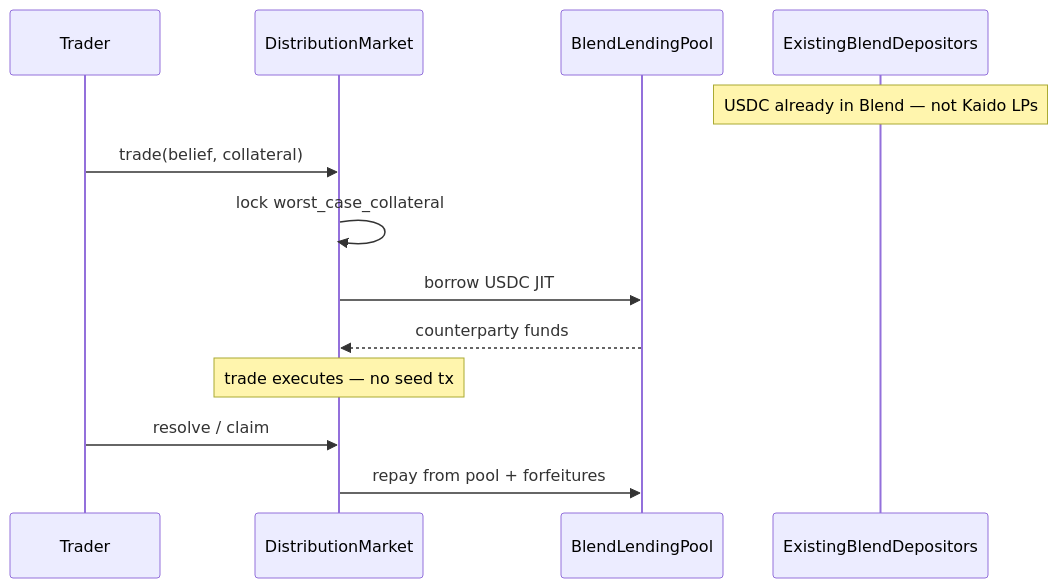
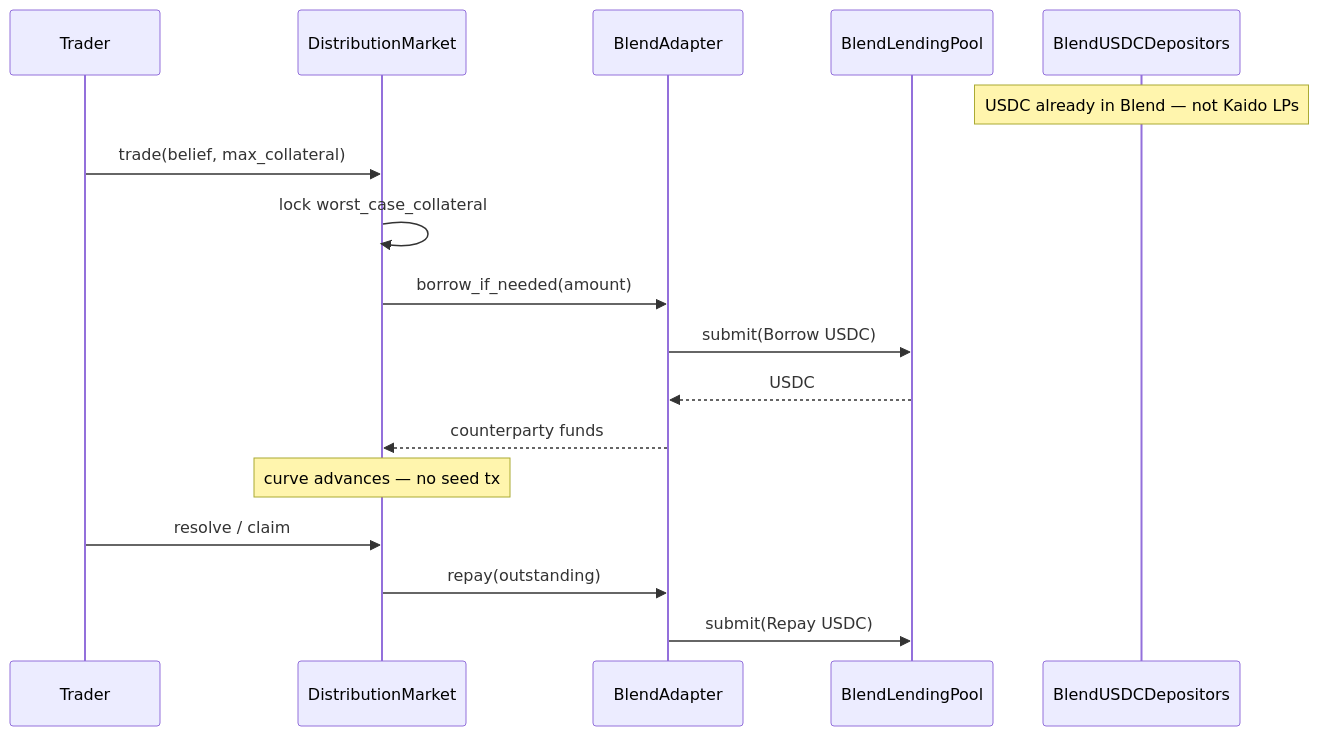
One commit to arko05roy/kaido-markets changed the diagram in liquidity-plan.md. Above: the diagram before and after it, drawn with Mermaid. The commit also changed other lines of this file and 105 other files, not shown here.

Commit message:
Implement BlendTap integration in distribution market, update liquidity plan, and enhance environment configuration. Add BlendAdapter support for JIT borrowing and adjust Makefile for new scripts.

````diff
--- a/liquidity-plan.md
+++ b/liquidity-plan.md
@@ -106,16 +180,20 @@
 ```mermaid
 sequenceDiagram
   participant Trader
-  participant Kaido as DistributionMarket
-  participant Blend as BlendLendingPool
-  participant Depositors as ExistingBlendDepositors
+  participant Market as DistributionMarket
+  participant Adapter as BlendAdapter
+  participant Pool as BlendLendingPool
+  participant Depositors as BlendUSDCDepositors
 
   Note over Depositors: USDC already in Blend — not Kaido LPs
-  Trader->>Kaido: trade(belief, collateral)
-  Kaido->>Kaido: lock worst_case_collateral
-  Kaido->>Blend: borrow USDC JIT
-  Blend-->>Kaido: counterparty funds
-  Note over Kaido: trade executes — no seed tx
-  Trader->>Kaido: resolve / claim
-  Kaido->>Blend: repay from pool + forfeitures
+  Trader->>Market: trade(belief, max_collateral)
+  Market->>Market: lock worst_case_collateral
+  Market->>Adapter: borrow_if_needed(amount)
+  Adapter->>Pool: submit(Borrow USDC)
+  Pool-->>Adapter: USDC
+  Adapter-->>Market: counterparty funds
+  Note over Market: curve advances — no seed tx
+  Trader->>Market: resolve / claim
+  Market->>Adapter: repay(outstanding)
+  Adapter->>Pool: submit(Repay USDC)
 ```
````
